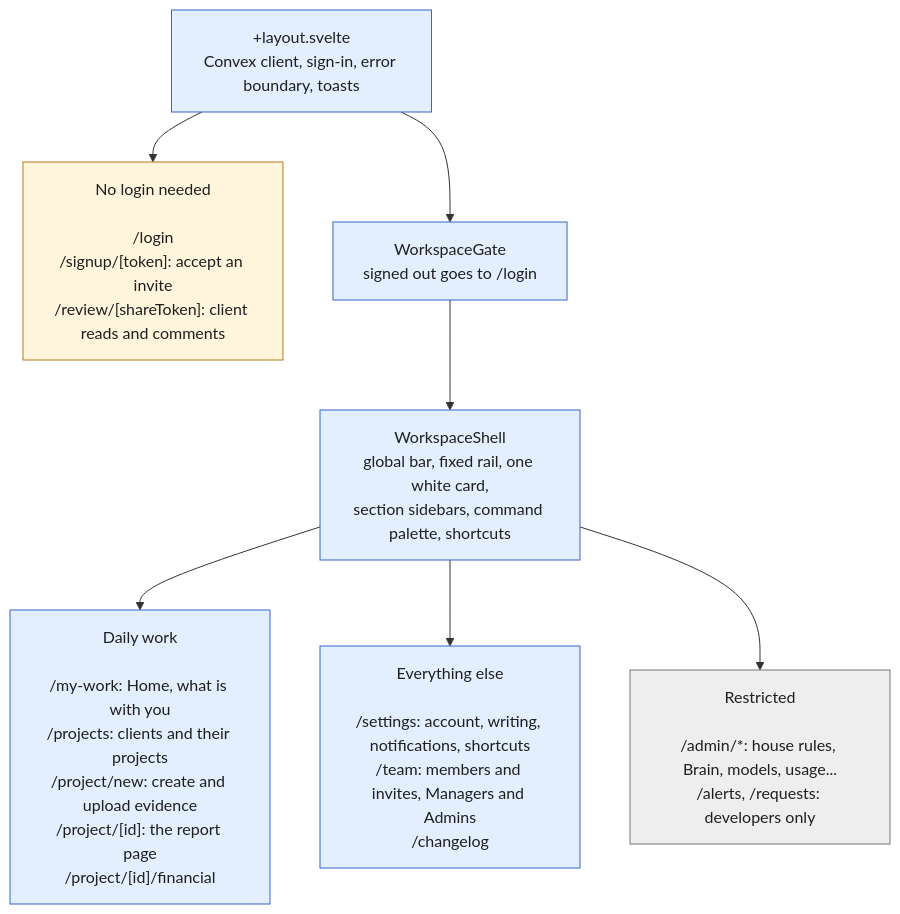
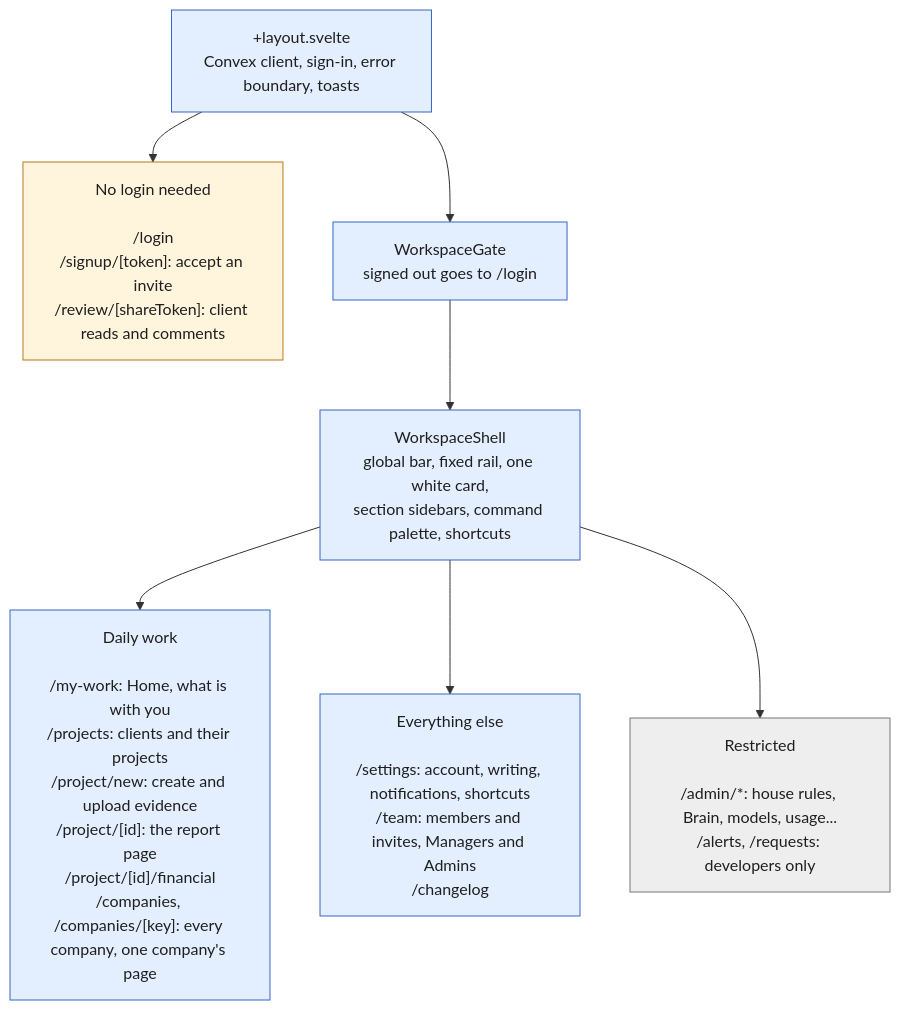
Before and after one commit to Choquer-agency/Banhall: the fourth of 12 diagrams in docs/architecture.md, drawn with Mermaid. The commit also changed other lines of this file and 4 other files, not shown here.

First line of the commit message:
Record the Companies section and Edit company in the docs

````diff
--- a/docs/architecture.md
+++ b/docs/architecture.md
@@ -235,20 +235,20 @@
 ```mermaid
 flowchart TD
   classDef web fill:#E3EEFF,stroke:#3567C8,color:#1F1F1F
   classDef person fill:#FFF4DC,stroke:#B7791F,color:#1F1F1F
   classDef admin fill:#EEEEEE,stroke:#777777,color:#1F1F1F
 
   root["+layout.svelte<br/>Convex client, sign-in, error boundary, toasts"]:::web
   open["No login needed<br/><br/>/login<br/>/signup/[token]: accept an invite<br/>/review/[shareToken]: client reads and comments"]:::person
   gate["WorkspaceGate<br/>signed out goes to /login"]:::web
   shell["WorkspaceShell<br/>global bar, fixed rail, one white card,<br/>section sidebars, command palette, shortcuts"]:::web
-  daily["Daily work<br/><br/>/my-work: Home, what is with you<br/>/projects: clients and their projects<br/>/project/new: create and upload evidence<br/>/project/[id]: the report page<br/>/project/[id]/financial"]:::web
+  daily["Daily work<br/><br/>/my-work: Home, what is with you<br/>/projects: clients and their projects<br/>/project/new: create and upload evidence<br/>/project/[id]: the report page<br/>/project/[id]/financial<br/>/companies, /companies/[key]: every company, one company's page"]:::web
   other["Everything else<br/><br/>/settings: account, writing, notifications, shortcuts<br/>/team: members and invites, Managers and Admins<br/>/changelog"]:::web
   restricted["Restricted<br/><br/>/admin/*: house rules, Brain, models, usage...<br/>/alerts, /requests: developers only"]:::admin
 
   root --> open
   root --> gate --> shell
   shell --> daily
   shell --> other
   shell --> restricted
 ```
````
